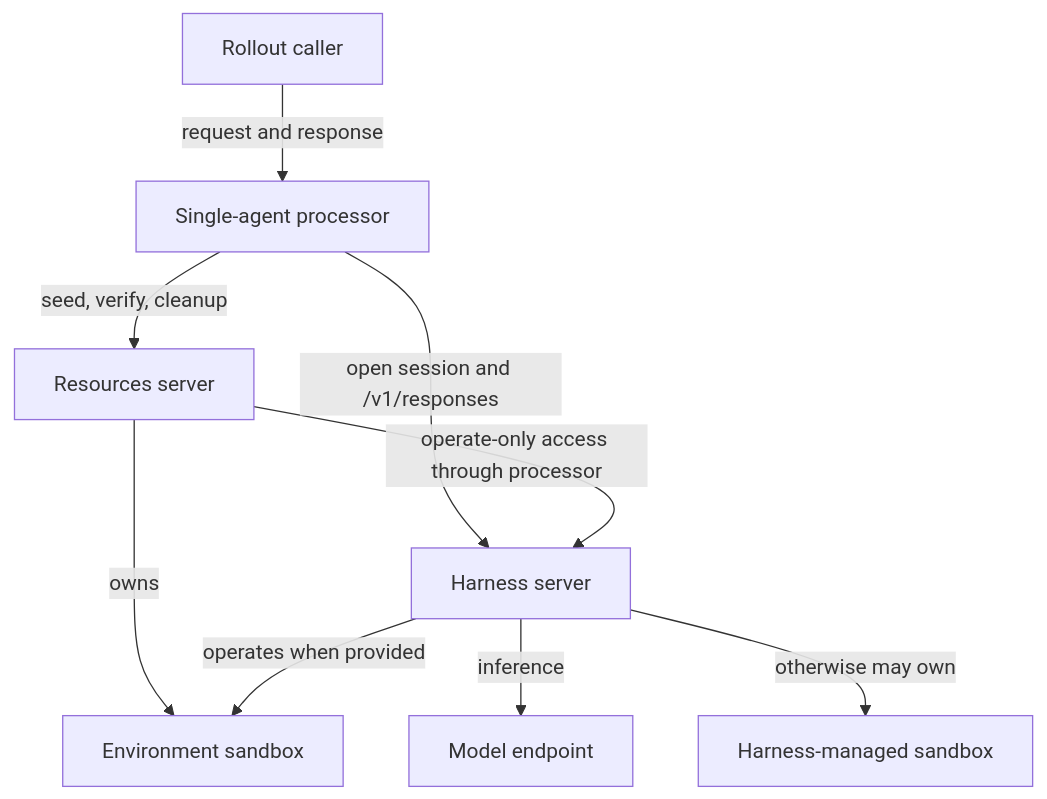
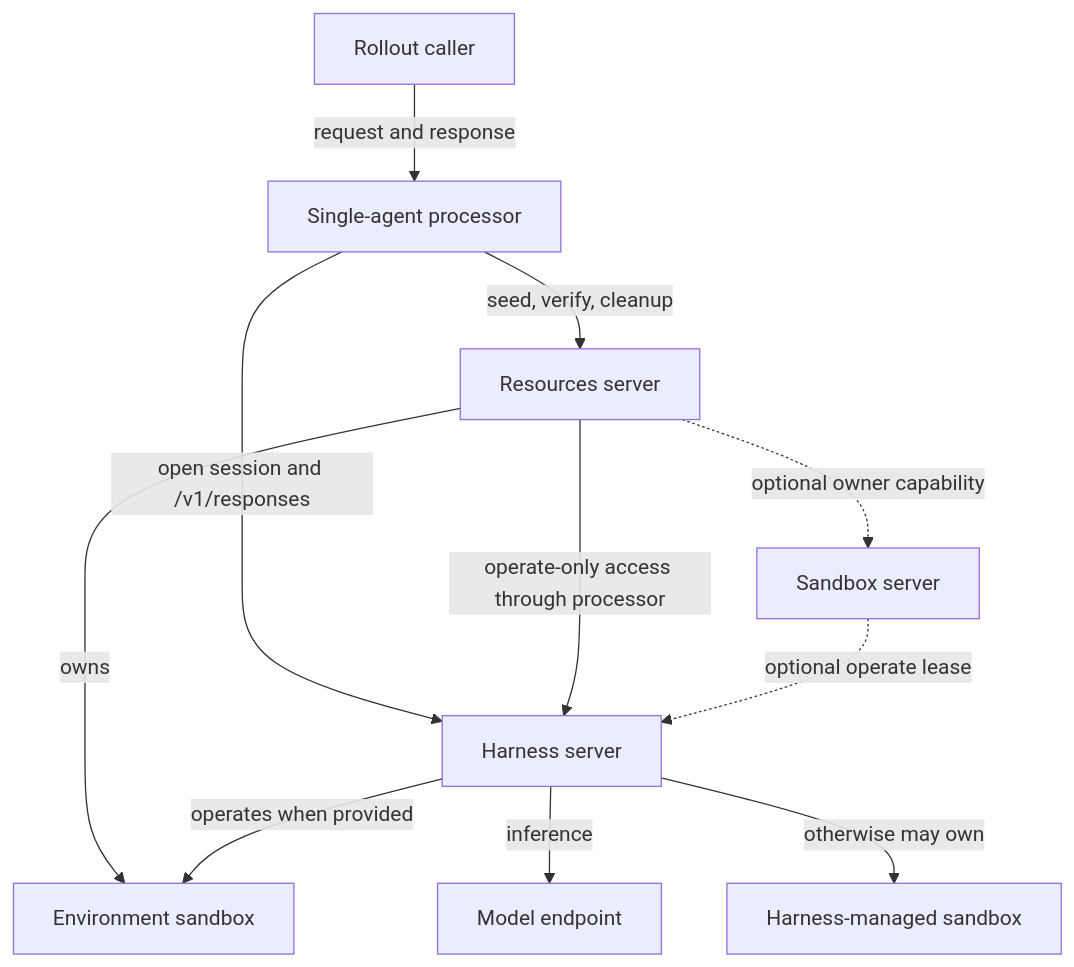
The first of 3 diagrams in investigations/episode-orchestration-design.md (ananthsub/Gym), drawn with Mermaid before and after one commit. The commit also changed other lines of this file and 4 other files, not shown here.

````diff
--- a/investigations/episode-orchestration-design.md
+++ b/investigations/episode-orchestration-design.md
@@ -135,11 +139,13 @@
 ```mermaid
 flowchart TB
     C[Rollout caller] -->|request and response| P[Single-agent processor]
     P -->|seed, verify, cleanup| R[Resources server]
     P -->|open session and /v1/responses| H[Harness server]
     H -->|inference| M[Model endpoint]
     R -->|owns| ES[Environment sandbox]
     R -->|operate-only access through processor| H
     H -->|operates when provided| ES
     H -->|otherwise may own| HS[Harness-managed sandbox]
+    R -.->|optional owner capability| S[Sandbox server]
+    S -.->|optional operate lease| H
 ```
````
